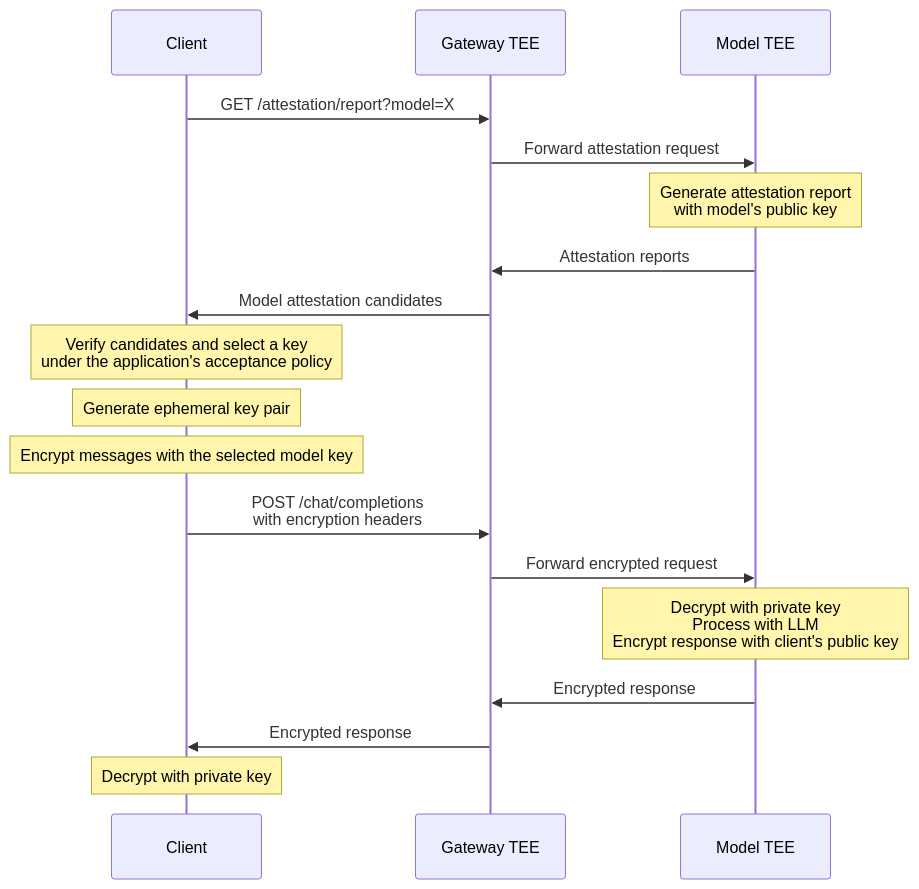
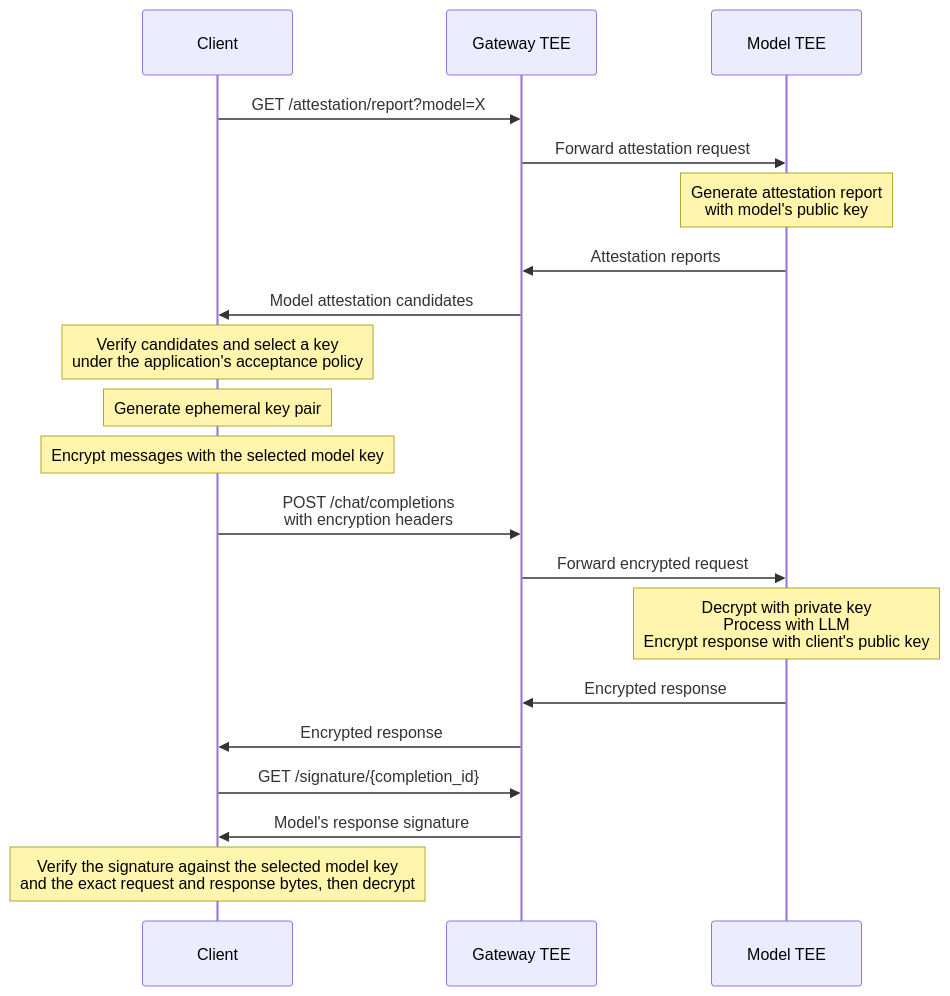
Before and after one commit to nearai/docs: the diagram in cloud/guides/e2ee-chat-completions.mdx, drawn with Mermaid. The commit also changed other lines of this file and 5 other files, not shown here.

Commit message:
docs: clarify model privacy tiers and verify encrypted replies

````diff
--- a/cloud/guides/e2ee-chat-completions.mdx
+++ b/cloud/guides/e2ee-chat-completions.mdx
@@ -24,24 +24,26 @@
 ```mermaid
 sequenceDiagram
     participant Client
     participant GatewayTEE as Gateway TEE
     participant ModelTEE as Model TEE
 
     Client->>GatewayTEE: GET /attestation/report?model=X
     GatewayTEE->>ModelTEE: Forward attestation request
     Note over ModelTEE: Generate attestation report<br/>with model's public key
     ModelTEE->>GatewayTEE: Attestation reports
     GatewayTEE->>Client: Model attestation candidates
 
     Note over Client: Verify candidates and select a key<br/>under the application's acceptance policy
     Note over Client: Generate ephemeral key pair
     Note over Client: Encrypt messages with the selected model key
 
     Client->>GatewayTEE: POST /chat/completions<br/>with encryption headers
     GatewayTEE->>ModelTEE: Forward encrypted request
     Note over ModelTEE: Decrypt with private key<br/>Process with LLM<br/>Encrypt response with client's public key
     ModelTEE->>GatewayTEE: Encrypted response
     GatewayTEE->>Client: Encrypted response
 
-    Note over Client: Decrypt with private key
+    Client->>GatewayTEE: GET /signature/{completion_id}
+    GatewayTEE->>Client: Model's response signature
+    Note over Client: Verify the signature against the selected model key<br/>and the exact request and response bytes, then decrypt
 ```
````
